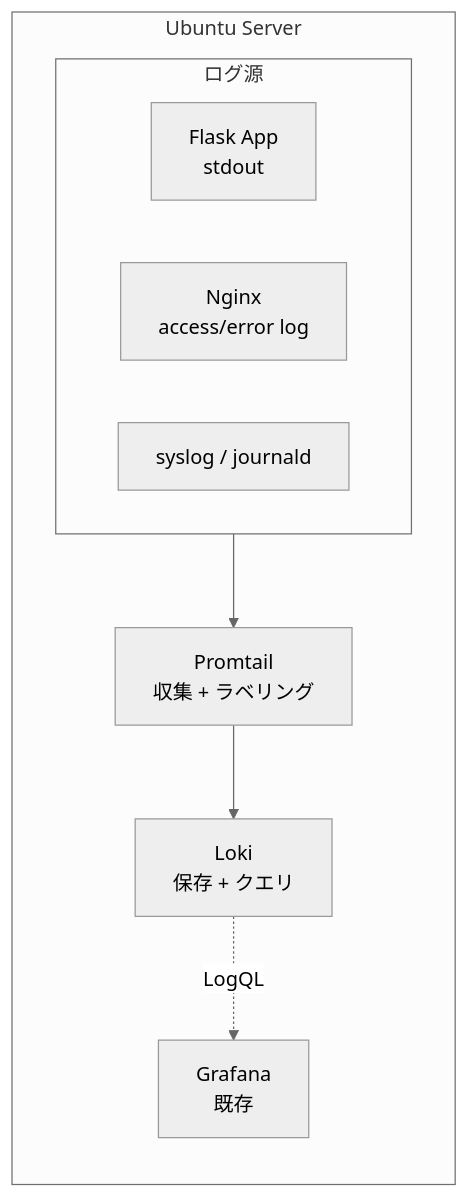
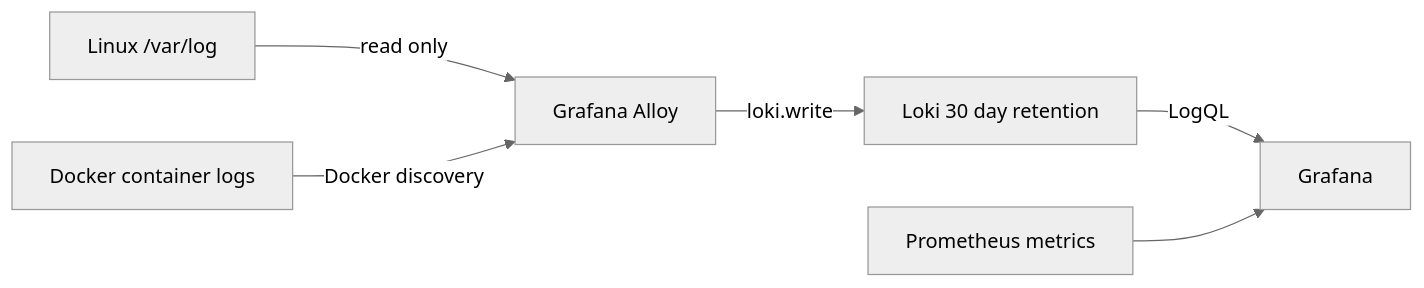
One commit to ns7jp/ns7jp changed the diagram in docs/server-monitor-improvements/01-loki-log-aggregation.md. Above: the diagram before and after it, drawn with Mermaid (neutral theme). The commit also changed other lines of this file and 9 other files, not shown here.

````diff
--- a/docs/server-monitor-improvements/01-loki-log-aggregation.md
+++ b/docs/server-monitor-improvements/01-loki-log-aggregation.md
@@ -33,18 +16,8 @@
 ```mermaid
 flowchart LR
-    subgraph Host[Ubuntu Server]
-        subgraph Logs[ログ源]
-            App[Flask App<br/>stdout]
-            Nginx[Nginx<br/>access/error log]
-            Sys[syslog / journald]
-        end
-
-        Promtail[Promtail<br/>収集 + ラベリング]
-        Loki[Loki<br/>保存 + クエリ]
-        Grafana[Grafana<br/>既存]
-
-        Logs --> Promtail
-        Promtail --> Loki
-        Loki -.LogQL.-> Grafana
-    end
+    Host[Linux /var/log] -->|read only| Alloy[Grafana Alloy]
+    Docker[Docker container logs] -->|Docker discovery| Alloy
+    Alloy -->|loki.write| Loki[Loki 30 day retention]
+    Loki -->|LogQL| Grafana[Grafana]
+    Prom[Prometheus metrics] --> Grafana
 ```
````
